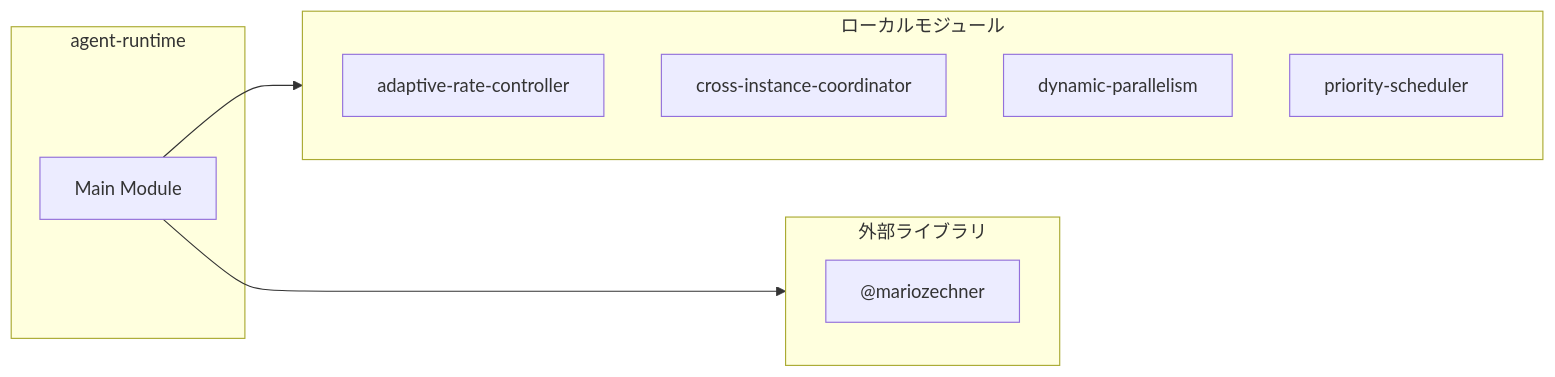
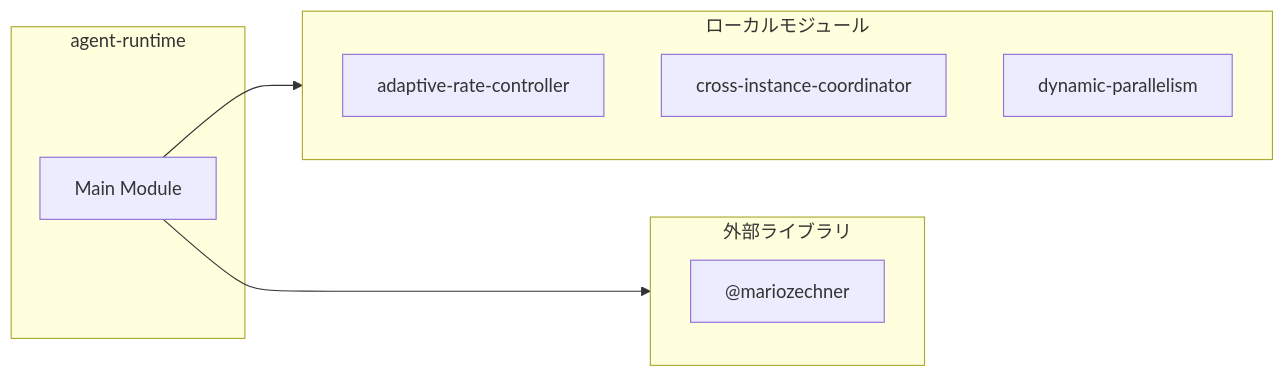
One commit to Mekann2904/mekann changed the second of 4 diagrams in ABDD/.pi/extensions/agent-runtime.md. Above: the diagram before and after it, drawn with Mermaid. The commit also changed other lines of this file and 205 other files, not shown here.

````diff
--- a/ABDD/.pi/extensions/agent-runtime.md
+++ b/ABDD/.pi/extensions/agent-runtime.md
@@ -203,18 +78,18 @@
 ```mermaid
 flowchart LR
   subgraph this[agent-runtime]
     main[Main Module]
   end
   subgraph local[ローカルモジュール]
     adaptive_rate_controller["adaptive-rate-controller"]
     cross_instance_coordinator["cross-instance-coordinator"]
     cross_instance_coordinator["cross-instance-coordinator"]
+    cross_instance_coordinator["cross-instance-coordinator"]
     dynamic_parallelism["dynamic-parallelism"]
-    priority_scheduler["priority-scheduler"]
   end
   main --> local
   subgraph external[外部ライブラリ]
     _mariozechner["@mariozechner"]
   end
   main --> external
 ```
````
